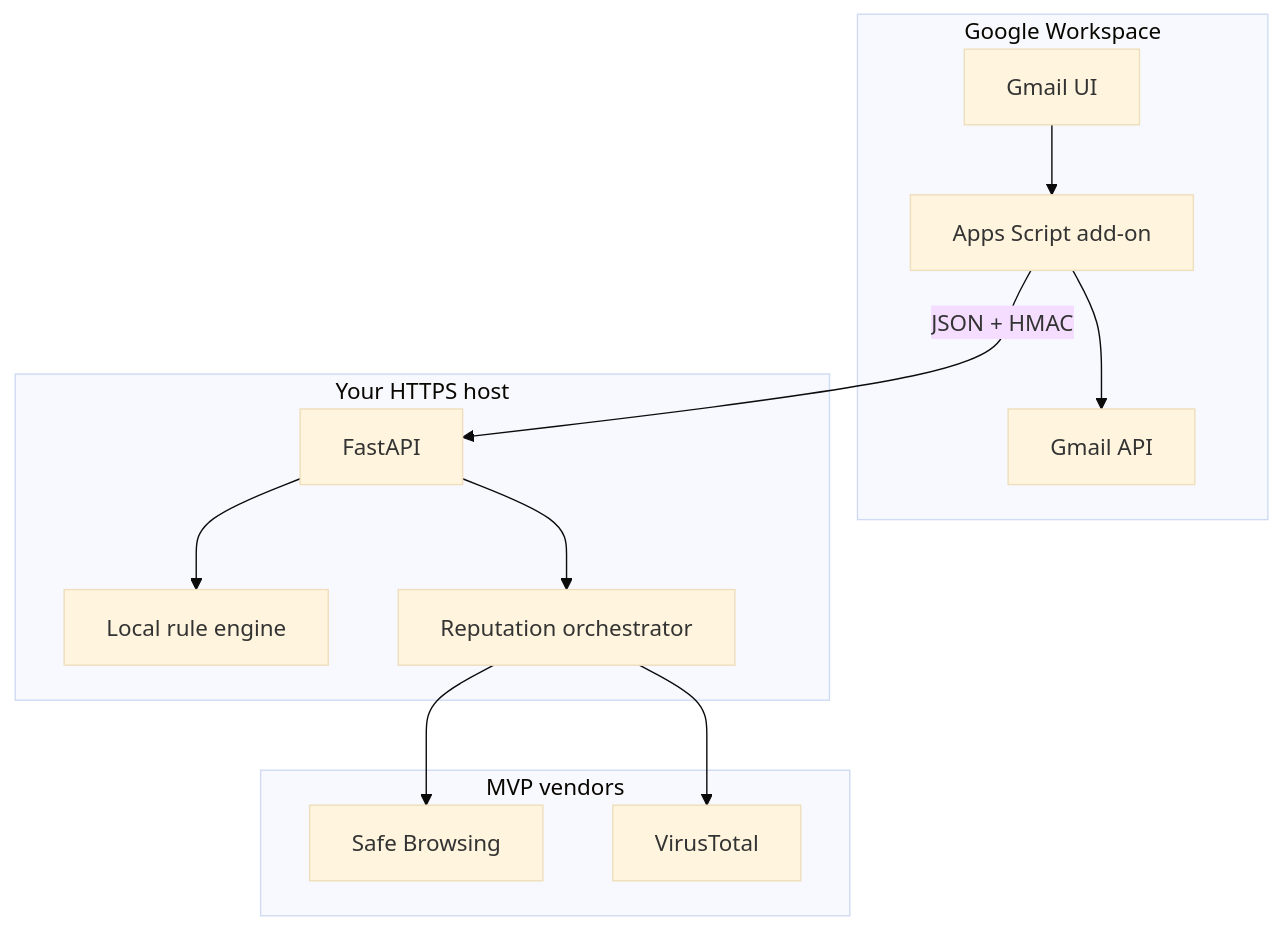
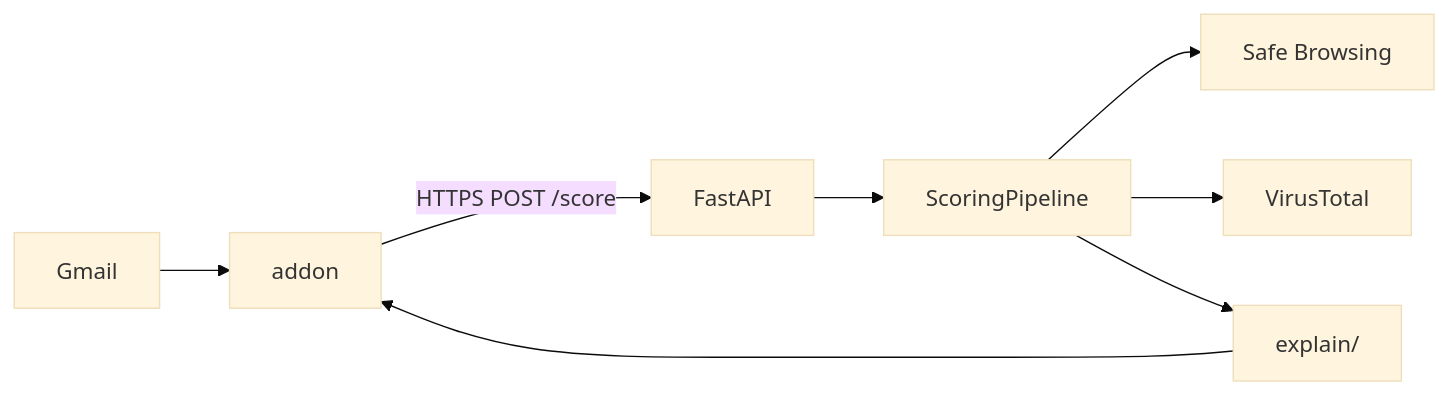
The diagram in README.md (Hadar0109/gmail-threat-analyzer), drawn with Mermaid (base theme) before and after one commit. The commit also changed other lines of this file and 7 other files, not shown here.

Commit message:
refactor: remove outdated architecture documentation and enhance README with project overview and usage instructions

````diff
--- a/README.md
+++ b/README.md
@@ -33,24 +272,10 @@
 ```mermaid
-flowchart TB
-  subgraph google [Google Workspace]
-    GmailUI[Gmail UI]
-    Addon[Apps Script add-on]
-    GmailAPI[Gmail API]
-  end
-  subgraph backend [Your HTTPS host]
-    API[FastAPI]
-    Rules[Local rule engine]
-    Rep[Reputation orchestrator]
-  end
-  subgraph vendors [MVP vendors]
-    SB[Safe Browsing]
-    VT[VirusTotal]
-  end
-  GmailUI --> Addon
-  Addon --> GmailAPI
-  Addon -->|"JSON + HMAC"| API
-  API --> Rules
-  API --> Rep
-  Rep --> SB
-  Rep --> VT
+flowchart LR
+  Gmail[Gmail] --> Addon[addon]
+  Addon -->|HTTPS POST /score| API[FastAPI]
+  API --> Engine[ScoringPipeline]
+  Engine --> SB[Safe Browsing]
+  Engine --> VT[VirusTotal]
+  Engine --> Explain[explain/]
+  Explain --> Addon
 ```
````
